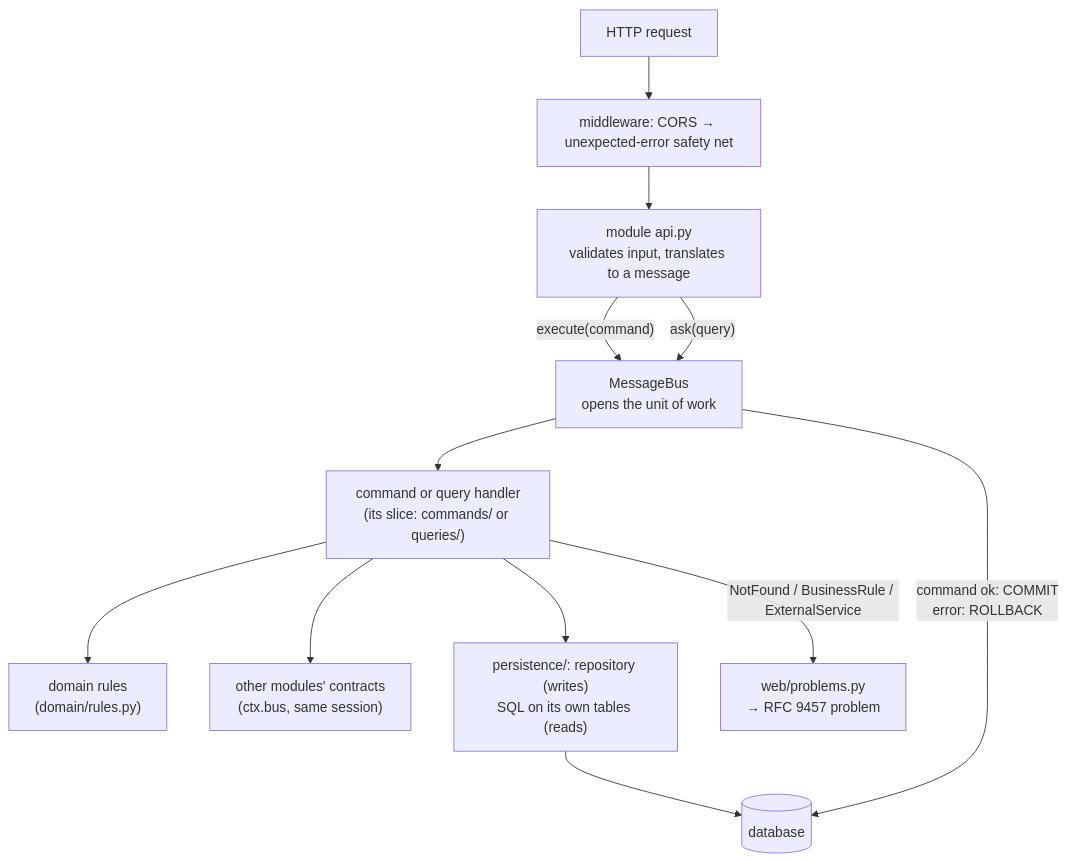
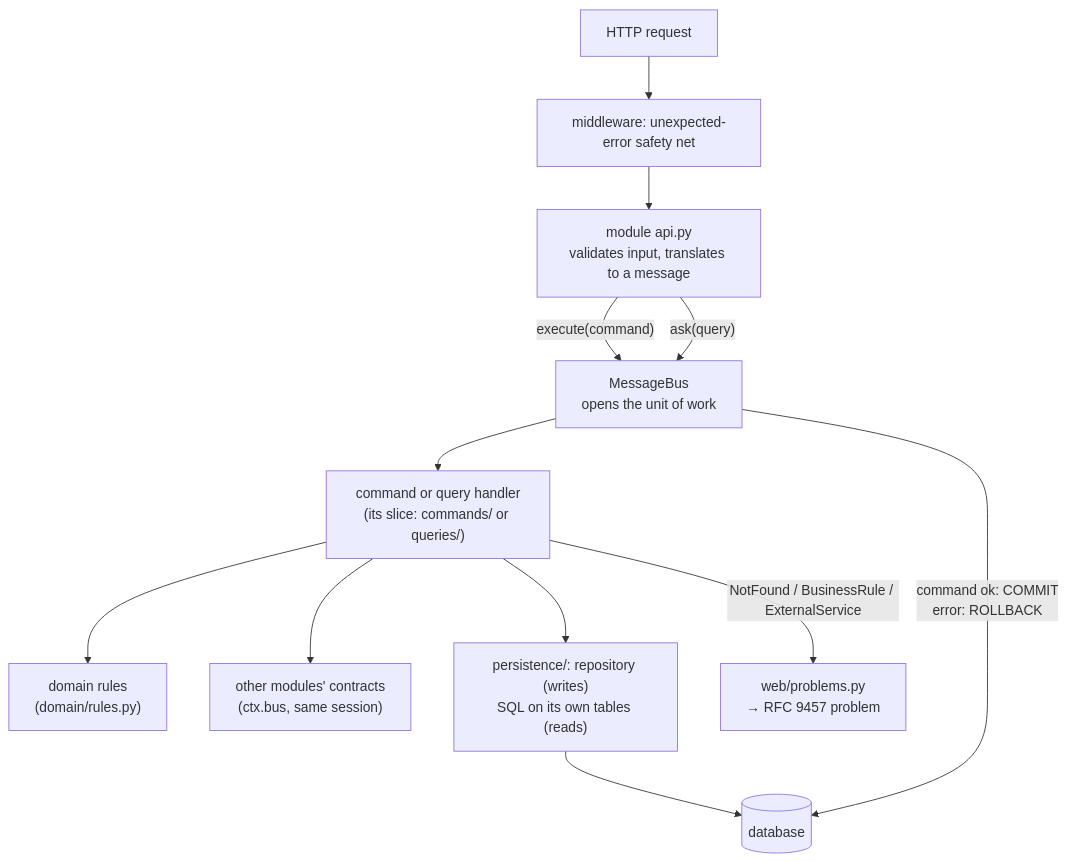
One commit to sanjeevgnrgy/spendwise changed the sixth of 6 diagrams in docs/how_spendwise_works.md. Above: the diagram before and after it, drawn with Mermaid. The commit also changed 25 other files, not shown here.

````diff
--- a/docs/how_spendwise_works.md
+++ b/docs/how_spendwise_works.md
@@ -127,14 +127,14 @@
 ```mermaid
 flowchart TD
-    HTTP["HTTP request"] --> MW["middleware: CORS → unexpected-error safety net"]
+    HTTP["HTTP request"] --> MW["middleware: unexpected-error safety net"]
     MW --> ROUTE["module api.py<br/>validates input, translates to a message"]
     ROUTE -->|"execute(command)"| BUS["MessageBus<br/>opens the unit of work"]
     ROUTE -->|"ask(query)"| BUS
     BUS --> HANDLER["command or query handler<br/>(its slice: commands/ or queries/)"]
     HANDLER --> DOMAIN["domain rules<br/>(domain/rules.py)"]
     HANDLER --> OTHER["other modules' contracts<br/>(ctx.bus, same session)"]
     HANDLER --> REPO["persistence/: repository (writes)<br/>SQL on its own tables (reads)"]
     REPO --> DB[("database")]
     BUS -->|"command ok: COMMIT<br/>error: ROLLBACK"| DB
     HANDLER -->|"NotFound / BusinessRule / ExternalService"| ERR["web/problems.py<br/>→ RFC 9457 problem"]
 ```
````
